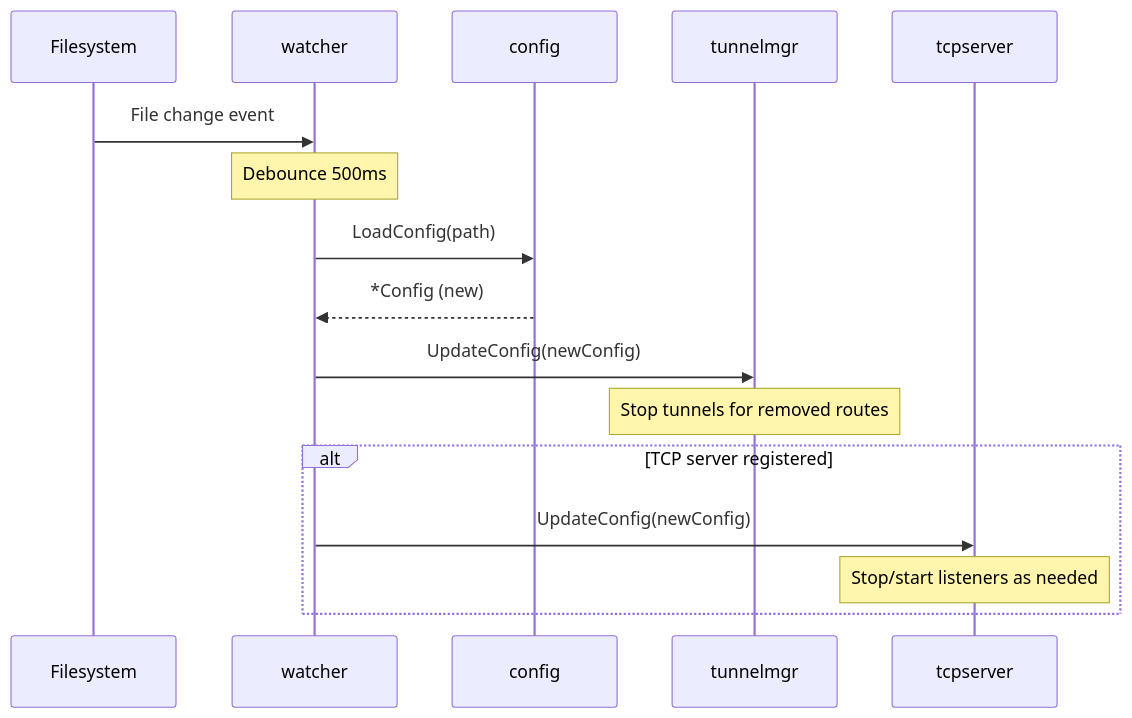
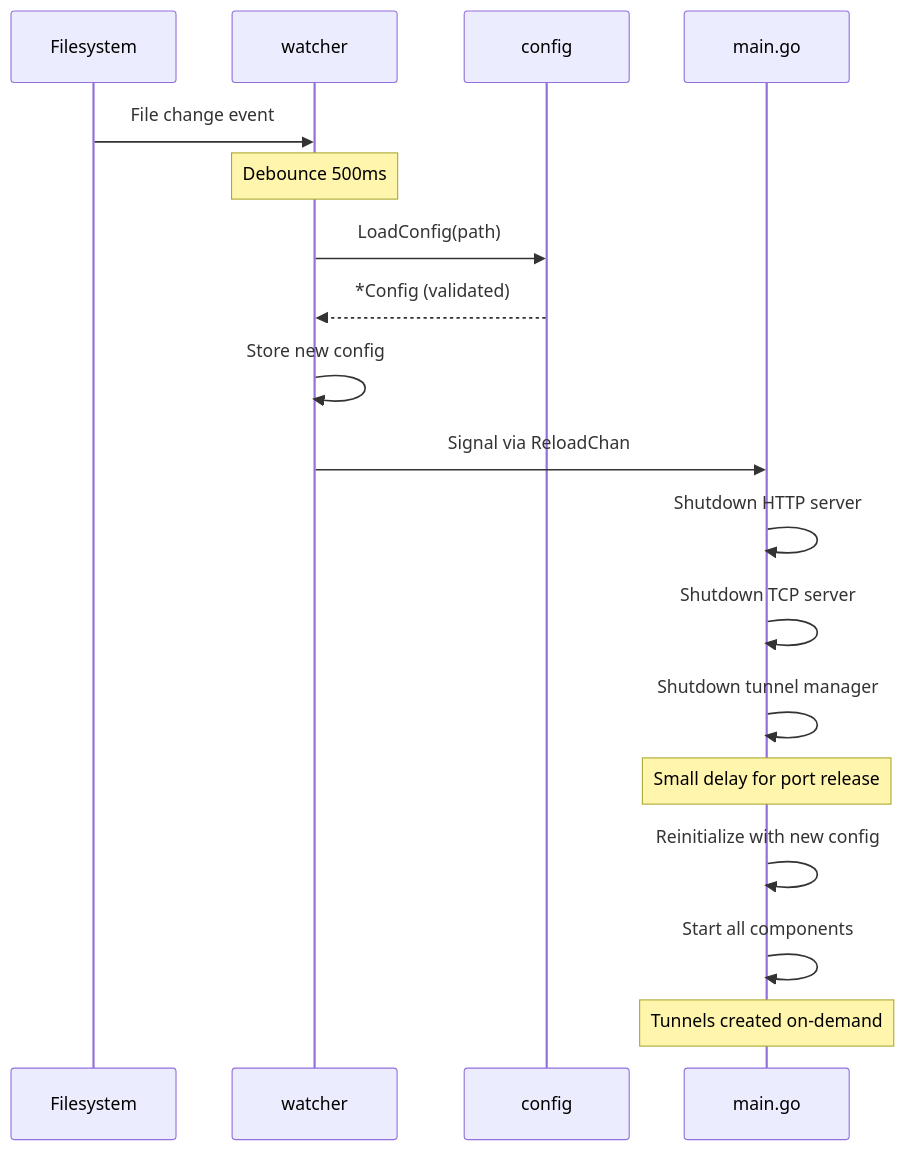
One commit to atas/autotunnel changed the fourth of 10 diagrams in internal/README.md. Above: the diagram before and after it, drawn with Mermaid. The commit also changed other lines of this file and 7 other files, not shown here.

````diff
--- a/internal/README.md
+++ b/internal/README.md
@@ -118,22 +127,25 @@
 ```mermaid
 sequenceDiagram
     participant fs as Filesystem
     participant watch as watcher
     participant cfg as config
-    participant mgr as tunnelmgr
-    participant tcp as tcpserver
+    participant main as main.go
 
     fs->>watch: File change event
     Note over watch: Debounce 500ms
 
     watch->>cfg: LoadConfig(path)
-    cfg-->>watch: *Config (new)
+    cfg-->>watch: *Config (validated)
 
-    watch->>mgr: UpdateConfig(newConfig)
-    Note over mgr: Stop tunnels for removed routes
+    watch->>watch: Store new config
+    watch->>main: Signal via ReloadChan
 
-    alt TCP server registered
-        watch->>tcp: UpdateConfig(newConfig)
-        Note over tcp: Stop/start listeners as needed
-    end
+    main->>main: Shutdown HTTP server
+    main->>main: Shutdown TCP server
+    main->>main: Shutdown tunnel manager
+    Note over main: Small delay for port release
+
+    main->>main: Reinitialize with new config
+    main->>main: Start all components
+    Note over main: Tunnels created on-demand
 ```
````
